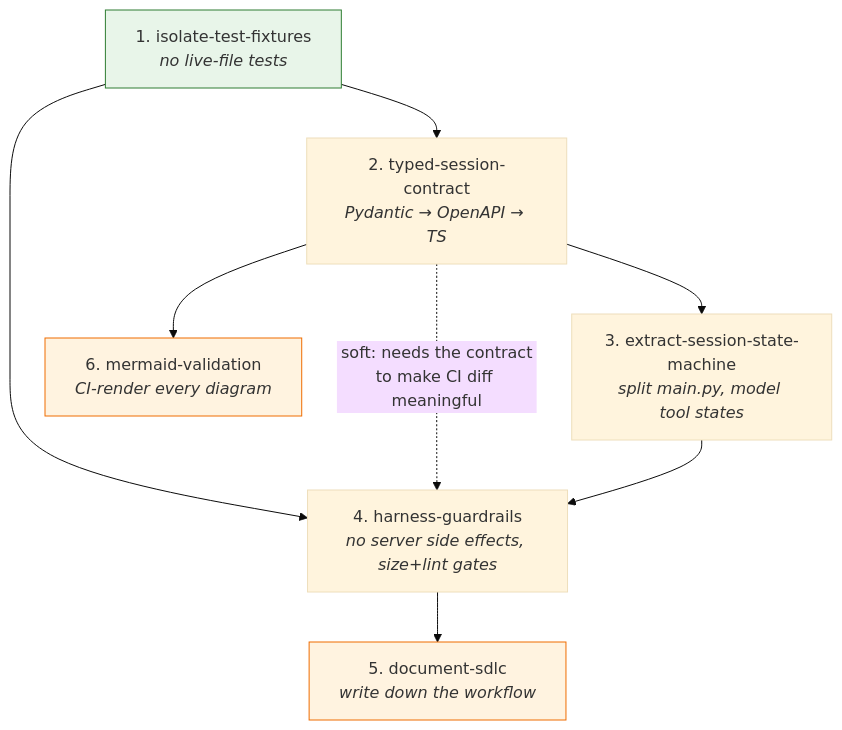
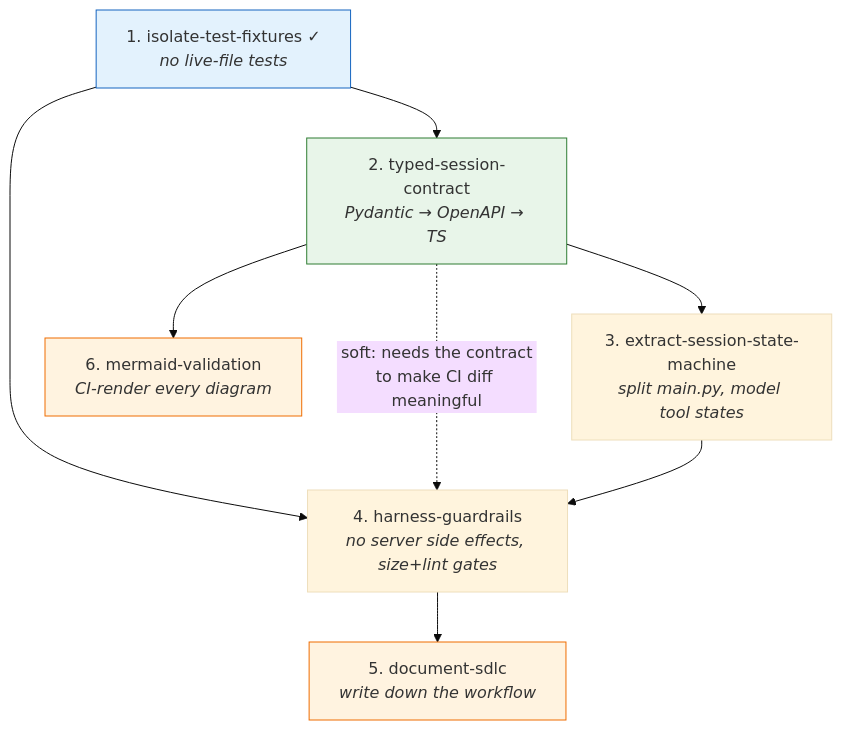
The diagram in plans/feature-load-jsonl-next-steps.md (cryans/worlds-simplest-harness), drawn with Mermaid (base theme) before and after one commit. The commit also changed other lines of this file and 3 other files, not shown here.

Commit message:
docs(plans): add isolate-test-fixtures requirements, plan, retro

````diff
--- a/plans/feature-load-jsonl-next-steps.md
+++ b/plans/feature-load-jsonl-next-steps.md
@@ -15,22 +15,24 @@
 ```mermaid
 graph TD
-    F1["1. isolate-test-fixtures<br/><i>no live-file tests</i>"]
+    F1["1. isolate-test-fixtures ✓<br/><i>no live-file tests</i>"]
     F2["2. typed-session-contract<br/><i>Pydantic → OpenAPI → TS</i>"]
     F3["3. extract-session-state-machine<br/><i>split main.py, model tool states</i>"]
     F4["4. harness-guardrails<br/><i>no server side effects, size+lint gates</i>"]
     F5["5. document-sdlc<br/><i>write down the workflow</i>"]
     F6["6. mermaid-validation<br/><i>CI-render every diagram</i>"]
 
     F1 --> F2
     F2 --> F3
     F1 --> F4
     F2 -.->|"soft: needs the contract<br/>to make CI diff meaningful"| F4
     F4 --> F5
     F3 --> F4
     F2 --> F6
 
+    classDef done fill:#e3f2fd,stroke:#1565c0
     classDef ready fill:#e8f5e9,stroke:#2e7d32
     classDef hold fill:#fff3e0,stroke:#ef6c00
-    class F1 ready
+    class F1 done
+    class F2 ready
     class F5,F6 hold
 ```
````
